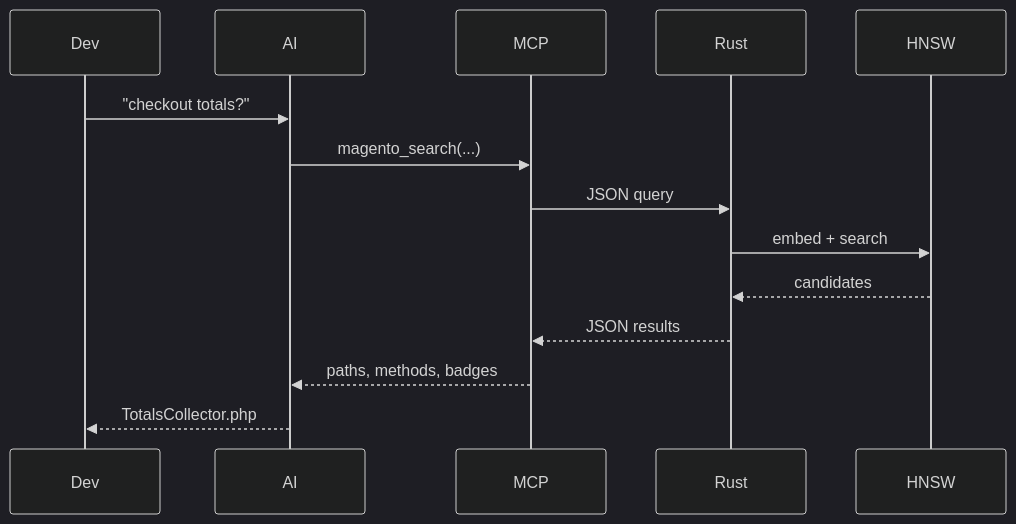
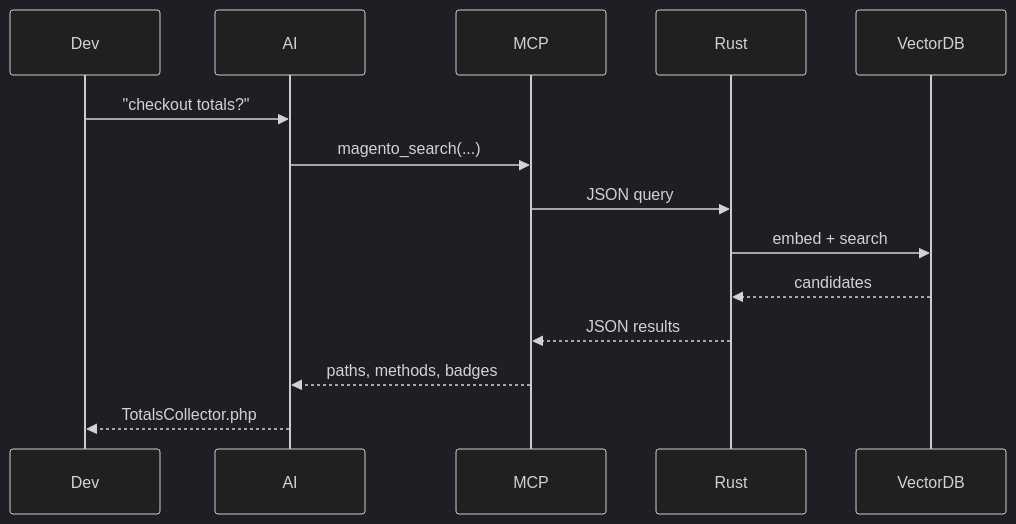
The eighth of 9 diagrams in README.md (krejcif/magector), drawn with Mermaid (dark theme) before and after one commit. The commit also changed other lines of this file, not shown here.

````diff
--- a/README.md
+++ b/README.md
@@ -959,17 +908,17 @@
 ```mermaid
 sequenceDiagram
   participant Dev
   participant AI
   participant MCP
   participant Rust
-  participant HNSW
+  participant VectorDB
 
   Dev->>AI: "checkout totals?"
   AI->>MCP: magento_search(...)
   MCP->>Rust: JSON query
-  Rust->>HNSW: embed + search
-  HNSW-->>Rust: candidates
+  Rust->>VectorDB: embed + search
+  VectorDB-->>Rust: candidates
   Rust-->>MCP: JSON results
   MCP-->>AI: paths, methods, badges
   AI-->>Dev: TotalsCollector.php
 ```
````
